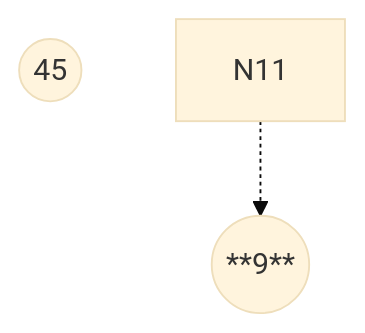
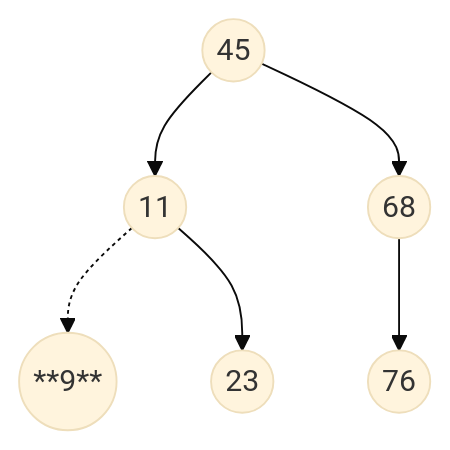
The ninth of 13 diagrams in _posts/DataStructures/Tree/BinaryTree/2019-02-13-二叉排序树.md (dmjcb/dmjcb.github.io), drawn with Mermaid (base theme) before and after one commit. The commit also changed other lines of this file and 122 other files, not shown here.

Commit message:
修复图形显示BUG

````diff
--- a/_posts/DataStructures/Tree/BinaryTree/2019-02-13-二叉排序树.md
+++ b/_posts/DataStructures/Tree/BinaryTree/2019-02-13-二叉排序树.md
@@ -185,5 +226,9 @@
 ```mermaid
 graph TB
     N45((45))
+        N45 --> N11((11))
             N11 -.-> N9((**9**))
+            N11 --> N23((23))
+        N45 --> N68((68))
+            N68 --> N76((76))
 ```
````
